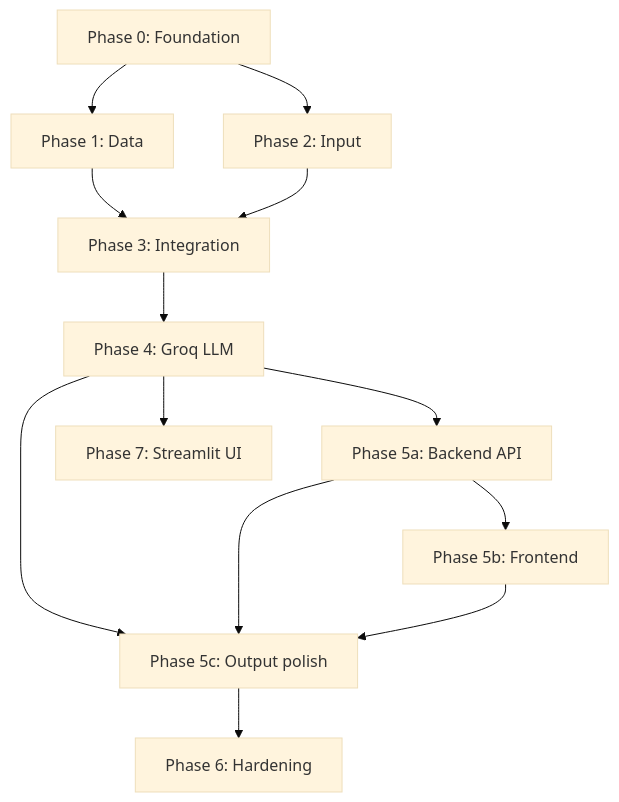
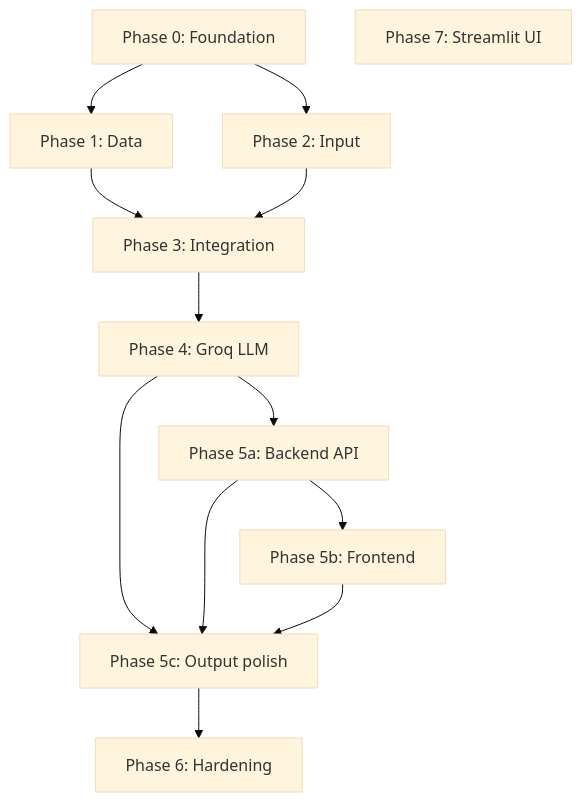
One commit to Ankur-Abhijeet/Zomato-milestone-1 changed diagram 11 of 11 in docs/architecture.md. Above: the diagram before and after it, drawn with Mermaid (base theme). The commit also changed other lines of this file and 2 other files, not shown here.

Commit message:
chore: remove Phase 7 Streamlit prototype and update architecture docs

````diff
--- a/docs/architecture.md
+++ b/docs/architecture.md
@@ -711,26 +691,25 @@
 ```mermaid
 flowchart TD
     P0[Phase 0: Foundation]
     P1[Phase 1: Data]
     P2[Phase 2: Input]
     P3[Phase 3: Integration]
     P4[Phase 4: Groq LLM]
     P5A[Phase 5a: Backend API]
     P5B[Phase 5b: Frontend]
     P5C[Phase 5c: Output polish]
     P6[Phase 6: Hardening]
     P7[Phase 7: Streamlit UI]
 
     P0 --> P1
     P0 --> P2
     P1 --> P3
     P2 --> P3
     P3 --> P4
     P4 --> P5A
     P5A --> P5B
     P4 --> P5C
     P5A --> P5C
     P5B --> P5C
     P5C --> P6
-    P4 --> P7
 ```
````
